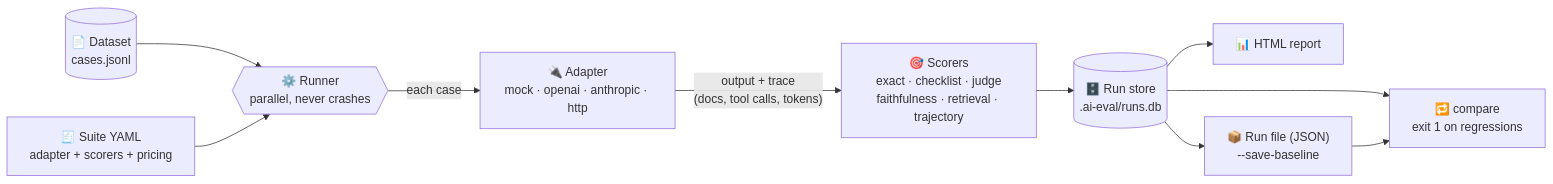
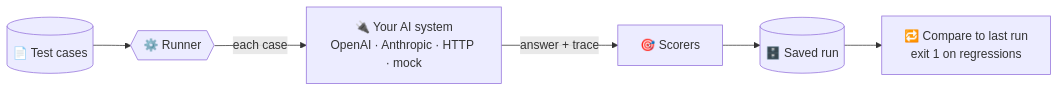
One commit to Dhillon001/ai-eval changed the first of 3 diagrams in README.md. Above: the diagram before and after it, drawn with Mermaid. The commit also changed other lines of this file and 5 other files, not shown here.

````diff
--- a/README.md
+++ b/README.md
@@ -115,12 +32,8 @@
 ```mermaid
 flowchart LR
-    D[("📄 Dataset<br/>cases.jsonl")] --> R{{"⚙️ Runner<br/>parallel, never crashes"}}
-    S["🧾 Suite YAML<br/>adapter + scorers + pricing"] --> R
-    R -->|each case| A["🔌 Adapter<br/>mock · openai · anthropic · http"]
-    A -->|"output + trace<br/>(docs, tool calls, tokens)"| SC["🎯 Scorers<br/>exact · checklist · judge<br/>faithfulness · retrieval · trajectory"]
-    SC --> ST[("🗄️ Run store<br/>.ai-eval/runs.db")]
-    ST --> H["📊 HTML report"]
-    ST --> C["🔁 compare<br/>exit 1 on regressions"]
-    ST --> J["📦 Run file (JSON)<br/>--save-baseline"]
-    J --> C
+    D[("📄 Test cases")] --> R{{"⚙️ Runner"}}
+    R -->|each case| A["🔌 Your AI system<br/>OpenAI · Anthropic · HTTP · mock"]
+    A -->|answer + trace| SC["🎯 Scorers"]
+    SC --> ST[("🗄️ Saved run")]
+    ST --> C["🔁 Compare to last run<br/>exit 1 on regressions"]
 ```
````
